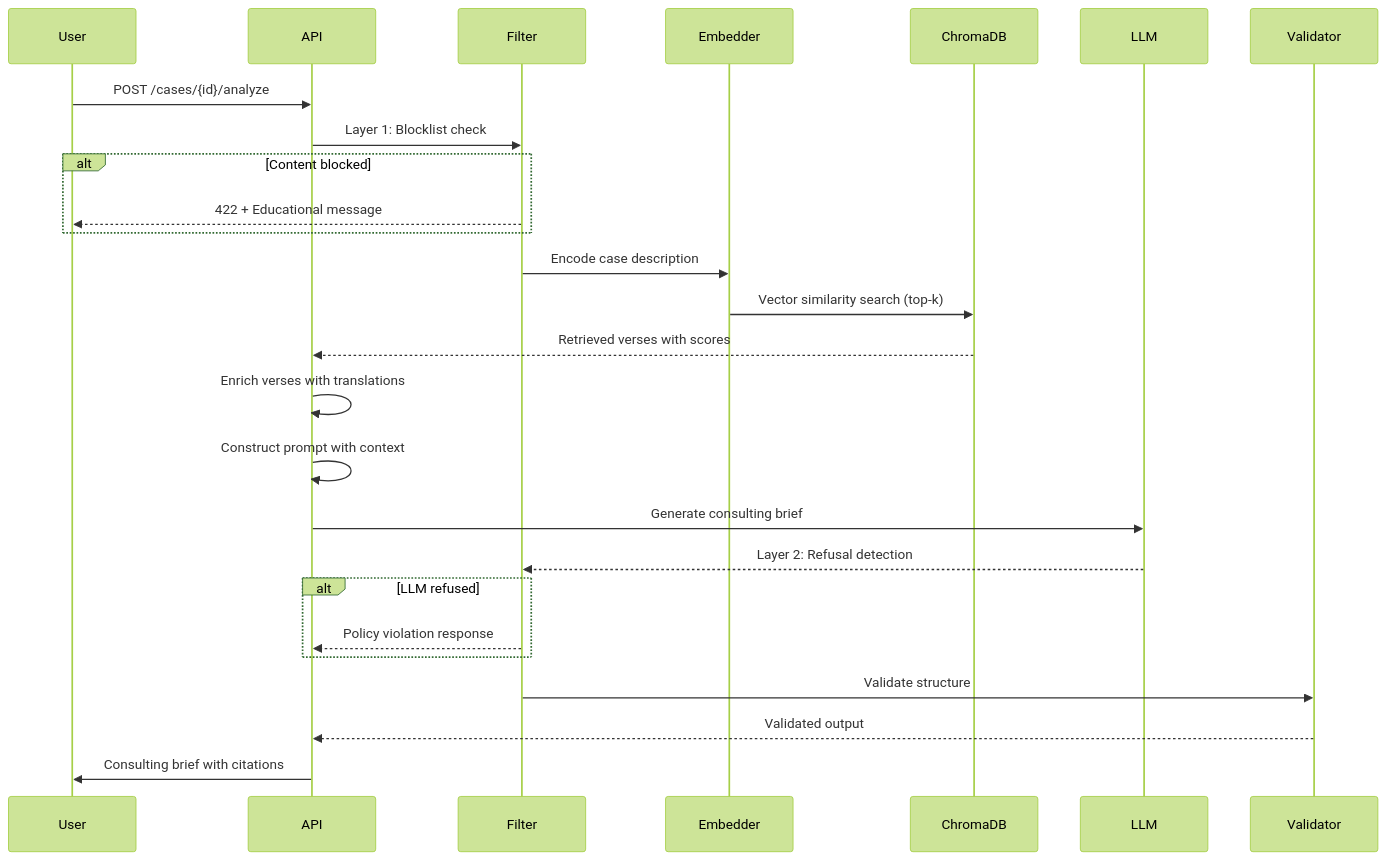
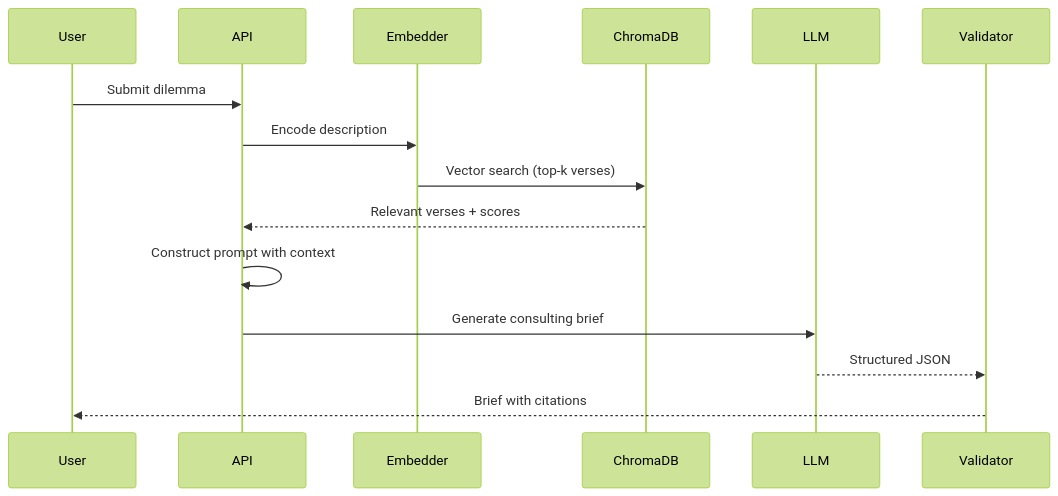
One commit to vnykmshr/geetanjali changed the first of 3 diagrams in docs/building-geetanjali.md. Above: the diagram before and after it, drawn with Mermaid (forest theme). The commit also changed other lines of this file, not shown here.

````diff
--- a/docs/building-geetanjali.md
+++ b/docs/building-geetanjali.md
@@ -154,29 +65,18 @@
 ```mermaid
 sequenceDiagram
     participant User
     participant API
-    participant Filter
     participant Embedder
     participant ChromaDB
     participant LLM
     participant Validator
 
-    User->>API: POST /cases/{id}/analyze
-    API->>Filter: Layer 1: Blocklist check
-    alt Content blocked
-        Filter-->>User: 422 + Educational message
-    end
-    Filter->>Embedder: Encode case description
-    Embedder->>ChromaDB: Vector similarity search (top-k)
-    ChromaDB-->>API: Retrieved verses with scores
-    API->>API: Enrich verses with translations
+    User->>API: Submit dilemma
+    API->>Embedder: Encode description
+    Embedder->>ChromaDB: Vector search (top-k verses)
+    ChromaDB-->>API: Relevant verses + scores
     API->>API: Construct prompt with context
     API->>LLM: Generate consulting brief
-    LLM-->>Filter: Layer 2: Refusal detection
-    alt LLM refused
-        Filter-->>API: Policy violation response
-    end
-    Filter->>Validator: Validate structure
-    Validator-->>API: Validated output
-    API->>User: Consulting brief with citations
+    LLM-->>Validator: Structured JSON
+    Validator-->>User: Brief with citations
 ```
````
